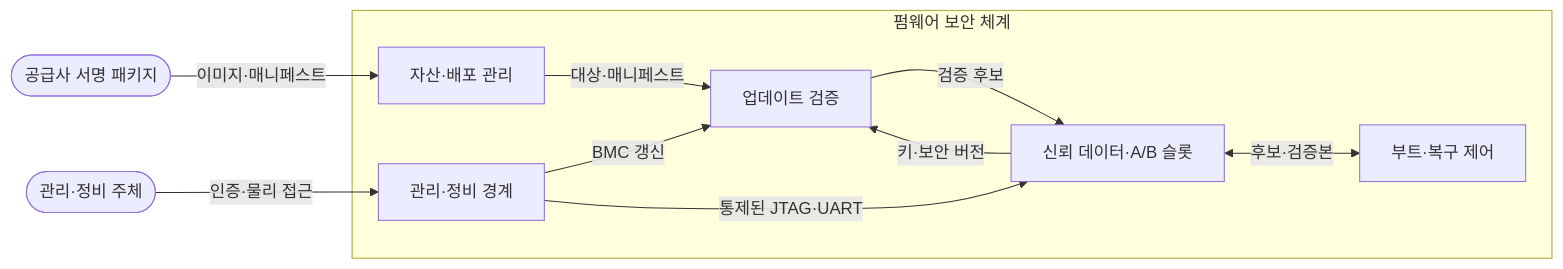
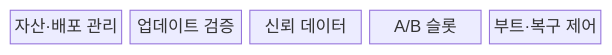
One commit to agnusdei1207/knowledge-base changed the first of 2 diagrams in src/content/docs/notes/02-hardware/069_firmware_security.md. Above: the diagram before and after it, drawn with Mermaid. The commit also changed other lines of this file and 20 other files, not shown here.

````diff
--- a/src/content/docs/notes/02-hardware/069_firmware_security.md
+++ b/src/content/docs/notes/02-hardware/069_firmware_security.md
@@ -64,15 +62,9 @@
 ```mermaid
-flowchart LR
-    S([공급사 서명 패키지])
-    O([관리·정비 주체])
-    subgraph F["펌웨어 보안 체계"]
-        A["자산·배포 관리"] -->|"대상·매니페스트"| U["업데이트 검증"]
-        T["신뢰 데이터·A/B 슬롯"] -->|"키·보안 버전"| U
-        U -->|"검증 후보"| T
-        T <-->|"후보·검증본"| B["부트·복구 제어"]
-        M["관리·정비 경계"] -->|"BMC 갱신"| U
-        M -->|"통제된 JTAG·UART"| T
-    end
-    S -->|"이미지·매니페스트"| A
-    O -->|"인증·물리 접근"| M
+block
+  columns 5
+  A["자산·배포 관리"]
+  B["업데이트 검증"]
+  C["신뢰 데이터"]
+  D["A/B 슬롯"]
+  E["부트·복구 제어"]
 ```
````
